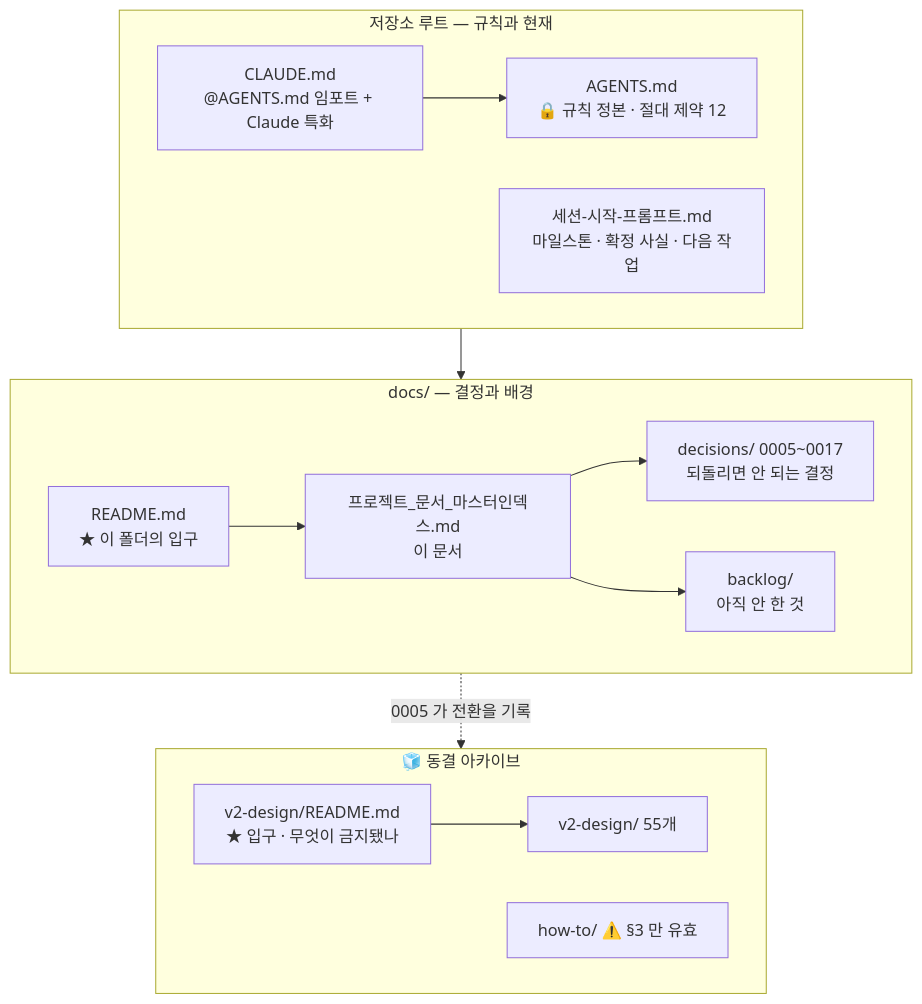
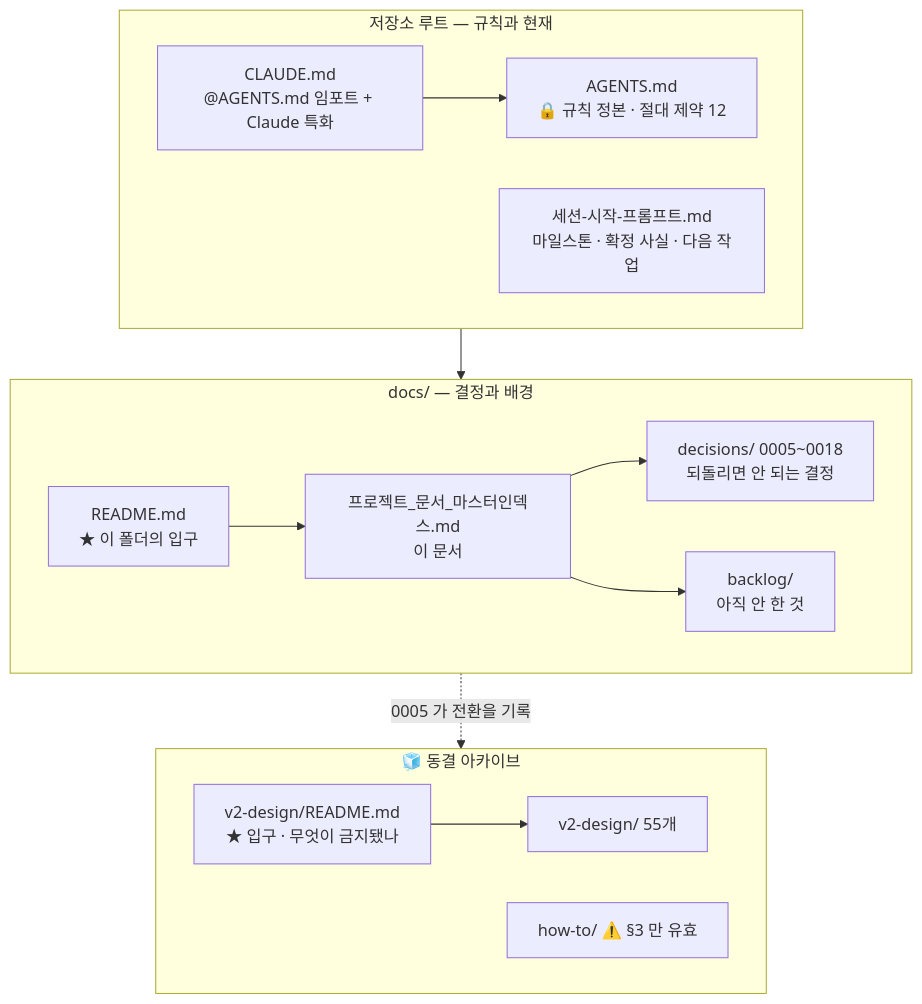
One commit to EST-Bootcamp-Dongwon/stock-coin-trade changed the first of 2 diagrams in docs/프로젝트_문서_마스터인덱스.md. Above: the diagram before and after it, drawn with Mermaid. The commit also changed other lines of this file and 9 other files, not shown here.

````diff
--- a/docs/프로젝트_문서_마스터인덱스.md
+++ b/docs/프로젝트_문서_마스터인덱스.md
@@ -61,25 +61,25 @@
 ```mermaid
 flowchart TB
   subgraph ROOT["저장소 루트 — 규칙과 현재"]
     AG["AGENTS.md<br/>🔒 규칙 정본 · 절대 제약 12"]
     CL["CLAUDE.md<br/>@AGENTS.md 임포트 + Claude 특화"]
     SP["세션-시작-프롬프트.md<br/>마일스톤 · 확정 사실 · 다음 작업"]
     CL --> AG
   end
   subgraph DOCS["docs/ — 결정과 배경"]
     RM["README.md<br/>★ 이 폴더의 입구"]
     MI["프로젝트_문서_마스터인덱스.md<br/>이 문서"]
-    DE["decisions/ 0005~0017<br/>되돌리면 안 되는 결정"]
+    DE["decisions/ 0005~0018<br/>되돌리면 안 되는 결정"]
     BL["backlog/<br/>아직 안 한 것"]
     RM --> MI --> DE
     MI --> BL
   end
   subgraph FROZEN["🧊 동결 아카이브"]
     V2R["v2-design/README.md<br/>★ 입구 · 무엇이 금지됐나"]
     V2["v2-design/ 55개"]
     HT["how-to/ ⚠️ §3 만 유효"]
     V2R --> V2
   end
   ROOT --> DOCS
   DOCS -. "0005 가 전환을 기록" .-> FROZEN
 ```
````
